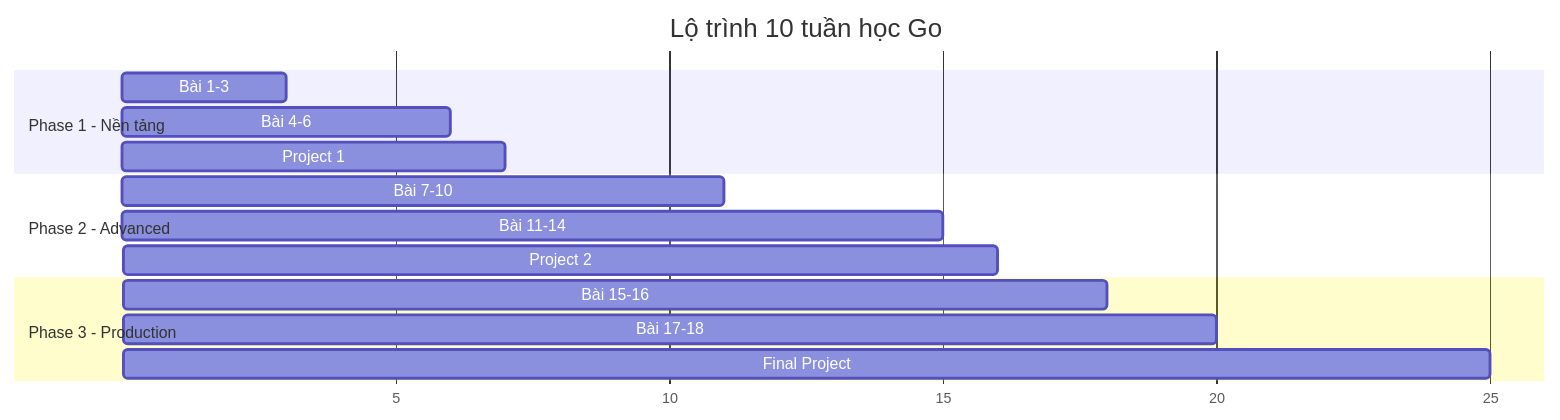
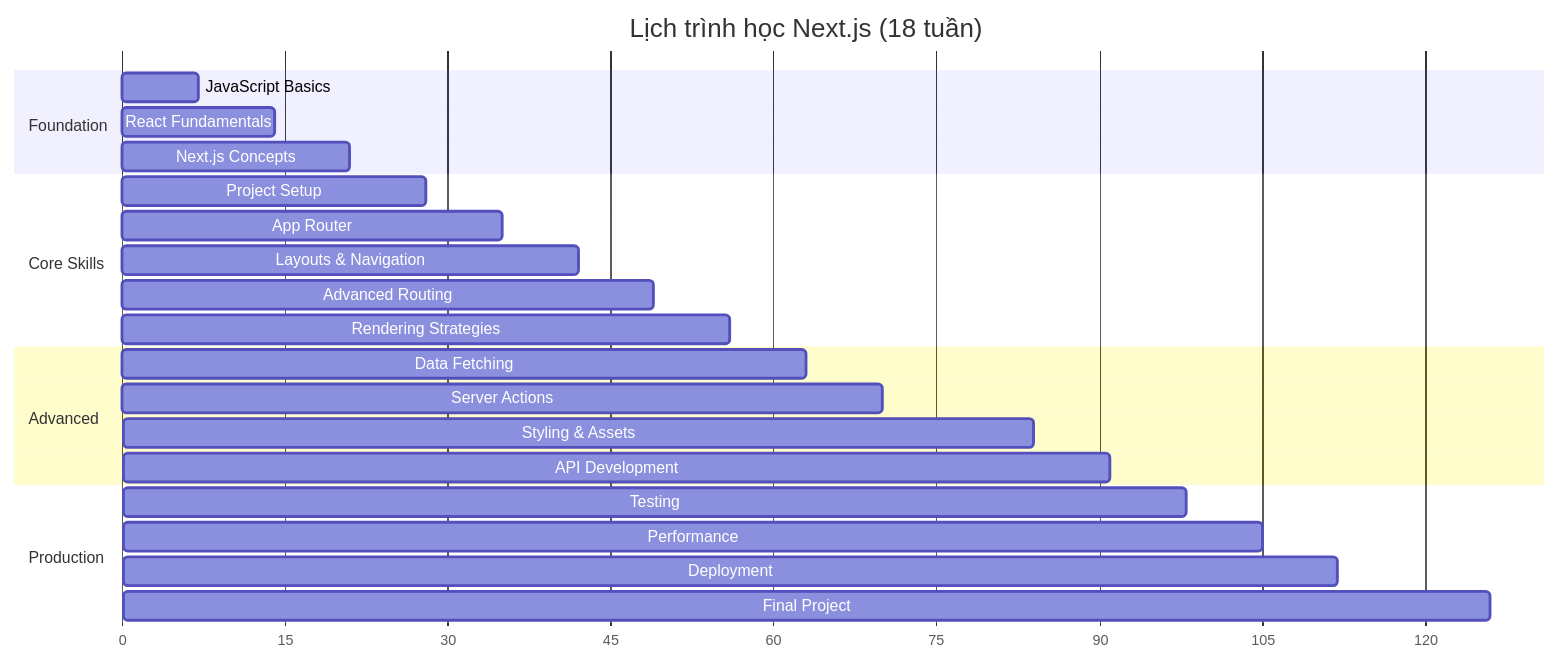
Before and after one commit to khieu-dv/vievlog: the fifth of 5 diagrams in src/content/soft-skills/nextjs/bai-0.mdx, drawn with Mermaid. The commit also changed other lines of this file and 3 other files, not shown here.

````diff
--- a/src/content/soft-skills/nextjs/bai-0.mdx
+++ b/src/content/soft-skills/nextjs/bai-0.mdx
@@ -191,21 +238,30 @@
 ```mermaid
 gantt
-    title Lộ trình 10 tuần học Go
+    title Lịch trình học Next.js (18 tuần)
     dateFormat X
     axisFormat %s
     
-    section Phase 1 - Nền tảng
-    Bài 1-3     :1, 3
-    Bài 4-6     :4, 6
-    Project 1   :7, 7
+    section Foundation
+    JavaScript Basics    :0, 7
+    React Fundamentals   :7, 14
+    Next.js Concepts     :14, 21
     
-    section Phase 2 - Advanced  
-    Bài 7-10    :8, 11
-    Bài 11-14   :12, 15
-    Project 2   :16, 16
+    section Core Skills  
+    Project Setup        :21, 28
+    App Router           :28, 35
+    Layouts & Navigation :35, 42
+    Advanced Routing     :42, 49
+    Rendering Strategies :49, 56
     
-    section Phase 3 - Production
-    Bài 15-16   :17, 18
-    Bài 17-18   :19, 20
-    Final Project :21, 25
+    section Advanced
+    Data Fetching        :56, 63
+    Server Actions       :63, 70
+    Styling & Assets     :70, 84
+    API Development      :84, 91
+    
+    section Production
+    Testing              :91, 98
+    Performance          :98, 105
+    Deployment           :105, 112
+    Final Project        :112, 126
 ```
````
